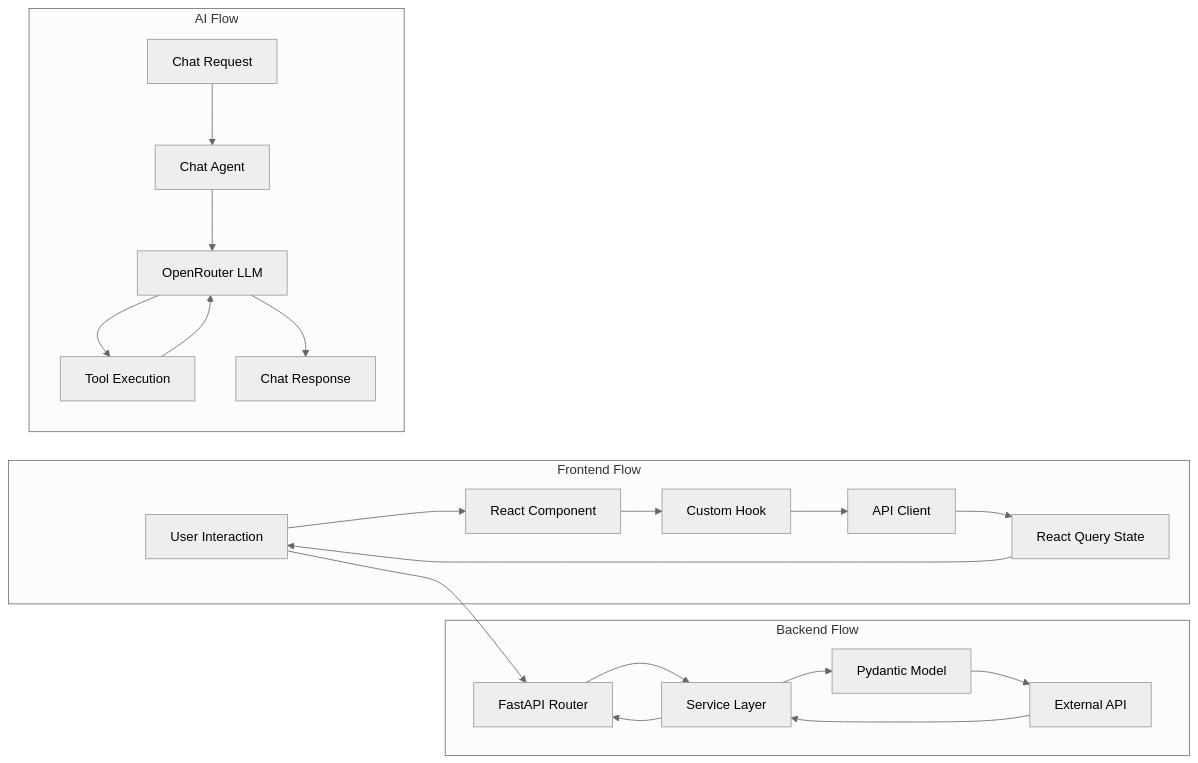
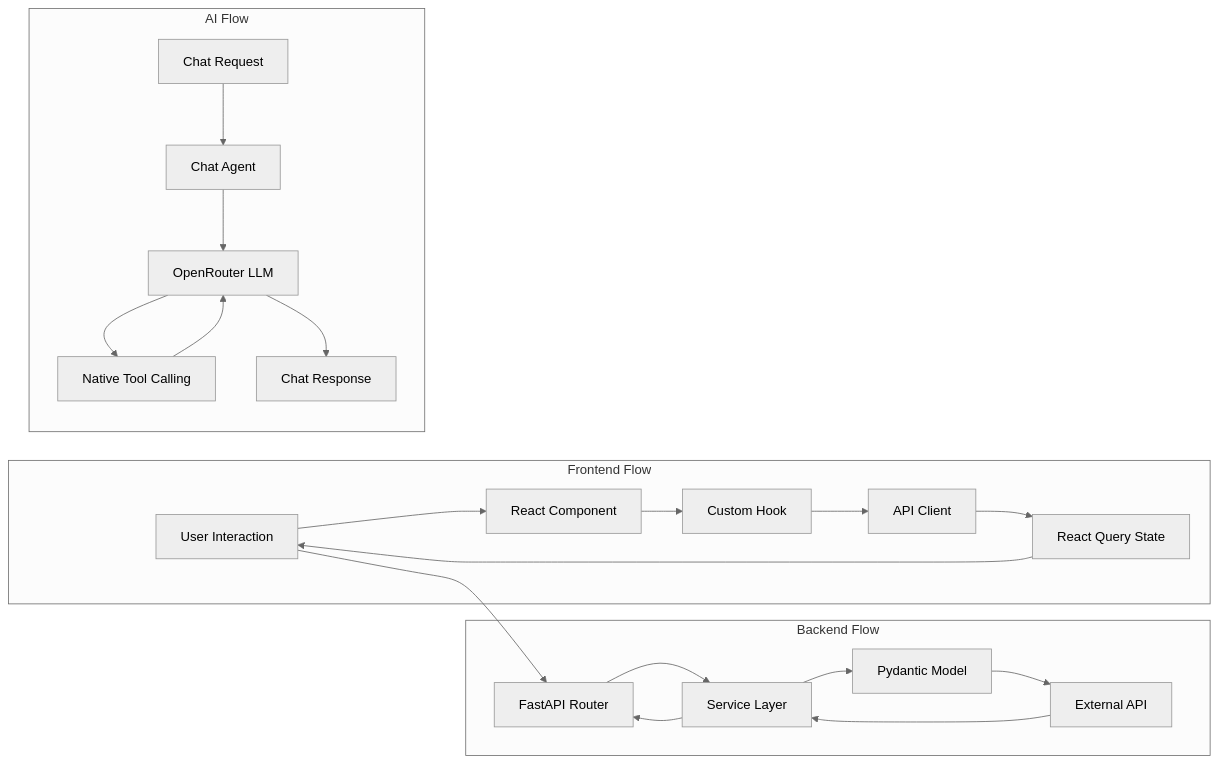
One commit to Ragnar1999/GoNow changed the seventh of 7 diagrams in .qoder/repowiki/en/content/Architecture Guide/Architecture Guide.md. Above: the diagram before and after it, drawn with Mermaid (neutral theme). The commit also changed other lines of this file and 6 other files, not shown here.

First line of the commit message:
feat: refine rating chart with gradient fill, peak reference line, and a11y

````diff
--- a/.qoder/repowiki/en/content/Architecture Guide/Architecture Guide.md
+++ b/.qoder/repowiki/en/content/Architecture Guide/Architecture Guide.md
@@ -339,25 +339,25 @@
 ```mermaid
 flowchart LR
 subgraph "Frontend Flow"
 UI["User Interaction"] --> Component["React Component"]
 Component --> Hook["Custom Hook"]
 Hook --> API["API Client"]
 API --> State["React Query State"]
 State --> UI
 end
 subgraph "Backend Flow"
 Router["FastAPI Router"] --> Service["Service Layer"]
 Service --> Model["Pydantic Model"]
 Model --> External["External API"]
 External --> Service
 Service --> Router
 end
 subgraph "AI Flow"
 ChatRequest["Chat Request"] --> Agent["Chat Agent"]
 Agent --> LLM["OpenRouter LLM"]
-LLM --> Tools["Tool Execution"]
+LLM --> Tools["Native Tool Calling"]
 Tools --> LLM
 LLM --> ChatResponse["Chat Response"]
 end
 UI --> Router
 ```
````
